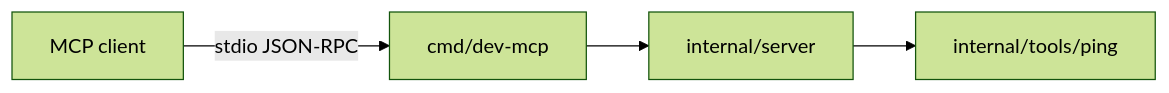
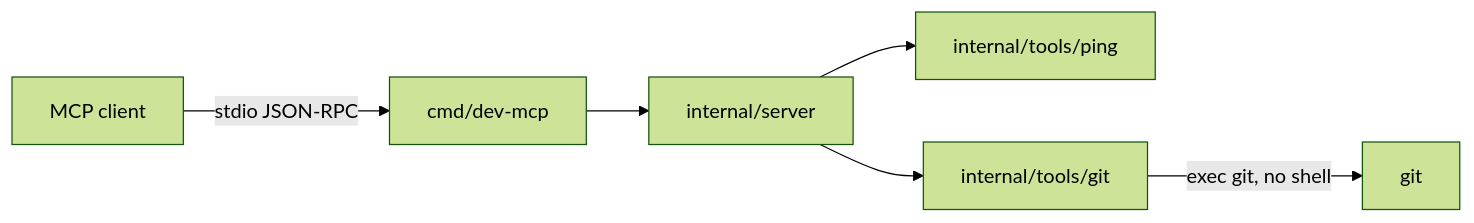
Before and after one commit to ManiaSacha/dev-mcp: the diagram in README.md, drawn with Mermaid (forest theme). The commit also changed other lines of this file and 13 other files, not shown here.

First line of the commit message:
feat: add git status, branch, diff, and commit tools

````diff
--- a/README.md
+++ b/README.md
@@ -83,11 +132,14 @@
 ```mermaid
 flowchart LR
   client[MCP client]
   main["cmd/dev-mcp"]
   server["internal/server"]
   ping["internal/tools/ping"]
+  gittools["internal/tools/git"]
 
   client -->|"stdio JSON-RPC"| main
   main --> server
   server --> ping
+  server --> gittools
+  gittools -->|"exec git, no shell"| gitbin["git"]
 ```
````
